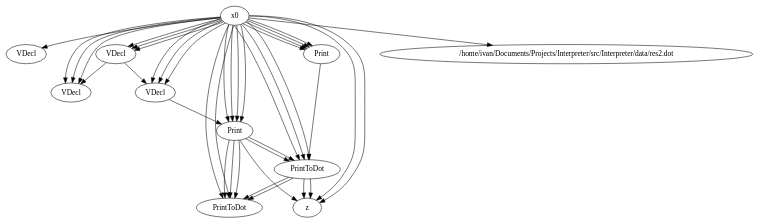
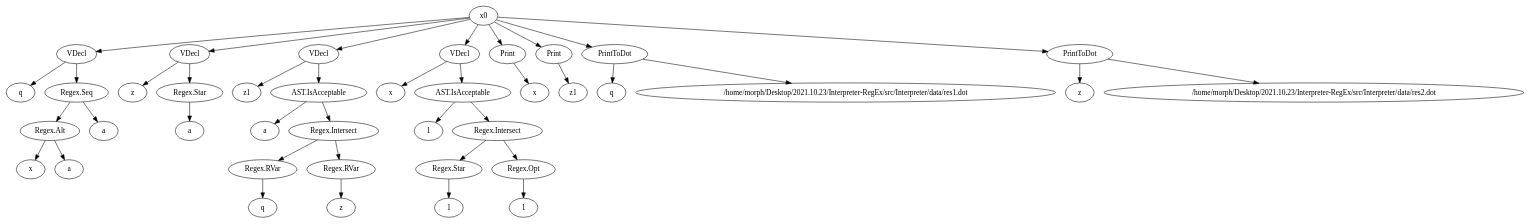
Before and after one commit to vnmsklnk/Interpreter-RegEx: the diagram in src/Interpreter/data/res.dot, drawn with Graphviz. The commit also changed 5 other files, not shown here.

```diff
--- a/src/Interpreter/data/res.dot
+++ b/src/Interpreter/data/res.dot
@@ -1,155 +1,80 @@
 digraph G {
-x1 [shape = ellipse, label = "VDecl"];
-
-x2 [shape = ellipse, label = "q"];
-
+	x1 [shape = ellipse, label = "VDecl"];
+	x2 [shape = ellipse, label = "q"];
 	"x0" -> "x1";
-
-	"x0" -> "x2";
-
-x2 [shape = ellipse, label = "Regex.Alt"];
-
-	"x0" -> "x2";
-
-x3 [shape = ellipse, label = "x"];
-
-x4 [shape = ellipse, label = "a"];
-
-"x2" -> "x3";
-
-	"x2" -> "x4";
-
-x2 [shape = ellipse, label = "VDecl"];
-
-x3 [shape = ellipse, label = "z"];
-
-	"x0" -> "x2";
-
-	"x0" -> "x3";
-
-x3 [shape = ellipse, label = "Regex.Star"];
-
-	"x0" -> "x3";
-
-x4 [shape = ellipse, label = "a"];
-
-x3 [shape = ellipse, label = "VDecl"];
-
-x4 [shape = ellipse, label = "z1"];
-
-	"x0" -> "x3";
-
-	"x0" -> "x4";
-
-x4 [shape = ellipse, label = "AST.IsAcceptable"];
-
-x5 [shape = ellipse, label = "a"];
-
-	"x0" -> "x4";
-
-	"x0" -> "x5";
-
-x6 [shape = ellipse, label = "Regex.Intersect"];
-
-	"x4" -> "x6";
-
-x7 [shape = ellipse, label = "Regex.RVar"];
-
-x8 [shape = ellipse, label = "q"];
-
-	"x6" -> "x7";
-
-	"x6" -> "x8";
-
-x8 [shape = ellipse, label = "Regex.RVar"];
-
-x9 [shape = ellipse, label = "z"];
-
-	"x6" -> "x8";
-
-	"x6" -> "x9";
-
-	"x6" -> "x7";
-
-	"x6" -> "x8";
-
-	"x0" -> "x6";
-
-x4 [shape = ellipse, label = "VDecl"];
-
-x5 [shape = ellipse, label = "x"];
-
-	"x0" -> "x4";
-
-	"x0" -> "x5";
-
-x5 [shape = ellipse, label = "AST.IsAcceptable"];
-
-x6 [shape = ellipse, label = "1"];
-
-	"x0" -> "x5";
-
-	"x0" -> "x6";
-
-x7 [shape = ellipse, label = "Regex.Intersect"];
-
-	"x5" -> "x7";
-
-x8 [shape = ellipse, label = "Regex.Star"];
-
-	"x7" -> "x8";
-
-x9 [shape = ellipse, label = "1"];
-
-x9 [shape = ellipse, label = "Regex.Opt"];
-
-	"x7" -> "x9";
-
-x10 [shape = ellipse, label = "1"];
-
-	"x7" -> "x8";
-
-	"x7" -> "x9";
-
-	"x0" -> "x7";
-
-x5 [shape = ellipse, label = "Print"];
-
-x6 [shape = ellipse, label = "x"];
-
-	"x0" -> "x5";
-
-	"x0" -> "x6";
-
-x6 [shape = ellipse, label = "Print"];
-
-x7 [shape = ellipse, label = "z1"];
-
-	"x0" -> "x6";
-
-	"x0" -> "x7";
-
-x7 [shape = ellipse, label = "PrintToDot"];
-
-x8 [shape = ellipse, label = "q"];
-
-x9 [shape = ellipse, label = "/home/ivan/Documents/Projects/Interpreter/src/Interpreter/data/res1.dot"];
-
-	"x0" -> "x7";
-
-	"x0" -> "x8";
-
-	"x0" -> "x9";
-
-x8 [shape = ellipse, label = "PrintToDot"];
-
-x9 [shape = ellipse, label = "z"];
-
-x10 [shape = ellipse, label = "/home/ivan/Documents/Projects/Interpreter/src/Interpreter/data/res2.dot"];
-
-	"x0" -> "x8";
-
-	"x0" -> "x9";
-
-	"x0" -> "x10";
+	"x1" -> "x2";
+	"x1" -> "x3";
+	x3 [shape = ellipse, label = "Regex.Seq"];
+	"x3" -> "x4";
+	x4 [shape = ellipse, label = "Regex.Alt"];
+	"x4" -> "x5";
+	x5 [shape = ellipse, label = "x"];
+	"x4" -> "x7";
+	x7 [shape = ellipse, label = "a"];
+	"x3" -> "x9";
+	x9 [shape = ellipse, label = "a"];
+	x11 [shape = ellipse, label = "VDecl"];
+	x12 [shape = ellipse, label = "z"];
+	"x0" -> "x11";
+	"x11" -> "x12";
+	"x11" -> "x13";
+	x13 [shape = ellipse, label = "Regex.Star"];
+	"x13" -> "x14";
+	x14 [shape = ellipse, label = "a"];
+	x16 [shape = ellipse, label = "VDecl"];
+	x17 [shape = ellipse, label = "z1"];
+	"x0" -> "x16";
+	"x16" -> "x17";
+	x18 [shape = ellipse, label = "AST.IsAcceptable"];
+	x19 [shape = ellipse, label = "a"];
+	"x16" -> "x18";
+	"x18" -> "x19";
+	"x18" -> "x20";
+	x20 [shape = ellipse, label = "Regex.Intersect"];
+	"x20" -> "x21";
+	x21 [shape = ellipse, label = "Regex.RVar"];
+	x22 [shape = ellipse, label = "q"];
+	"x21" -> "x22";
+	"x20" -> "x23";
+	x23 [shape = ellipse, label = "Regex.RVar"];
+	x24 [shape = ellipse, label = "z"];
+	"x23" -> "x24";
+	x25 [shape = ellipse, label = "VDecl"];
+	x26 [shape = ellipse, label = "x"];
+	"x0" -> "x25";
+	"x25" -> "x26";
+	x27 [shape = ellipse, label = "AST.IsAcceptable"];
+	x28 [shape = ellipse, label = "1"];
+	"x25" -> "x27";
+	"x27" -> "x28";
+	"x27" -> "x29";
+	x29 [shape = ellipse, label = "Regex.Intersect"];
+	"x29" -> "x30";
+	x30 [shape = ellipse, label = "Regex.Star"];
+	"x30" -> "x31";
+	x31 [shape = ellipse, label = "1"];
+	"x29" -> "x33";
+	x33 [shape = ellipse, label = "Regex.Opt"];
+	"x33" -> "x34";
+	x34 [shape = ellipse, label = "1"];
+	"x0" -> "x36";
+	x36 [shape = ellipse, label = "Print"];
+	x37 [shape = ellipse, label = "x"];
+	"x36" -> "x37";
+	"x0" -> "x38";
+	x38 [shape = ellipse, label = "Print"];
+	x39 [shape = ellipse, label = "z1"];
+	"x38" -> "x39";
+	"x0" -> "x40";
+	x40 [shape = ellipse, label = "PrintToDot"];
+	x41 [shape = ellipse, label = "q"];
+	x42 [shape = ellipse, label = "/home/morph/Desktop/2021.10.23/Interpreter-RegEx/src/Interpreter/data/res1.dot"];
+	"x40" -> "x41";
+	"x40" -> "x42";
+	"x0" -> "x43";
+	x43 [shape = ellipse, label = "PrintToDot"];
+	x44 [shape = ellipse, label = "z"];
+	x45 [shape = ellipse, label = "/home/morph/Desktop/2021.10.23/Interpreter-RegEx/src/Interpreter/data/res2.dot"];
+	"x43" -> "x44";
+	"x43" -> "x45";
 }
```
